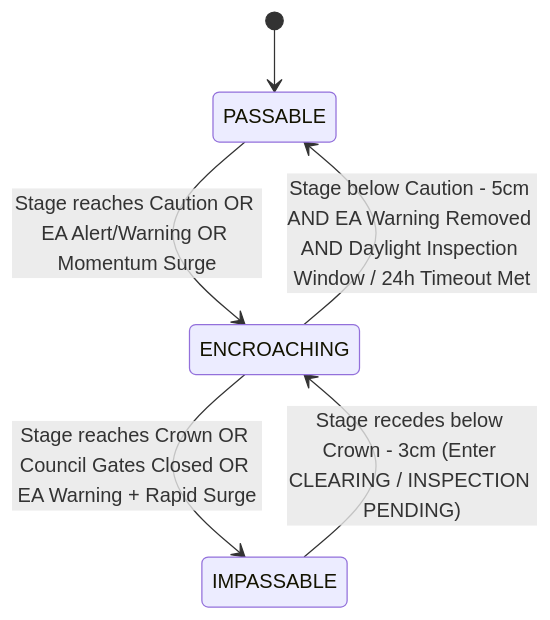
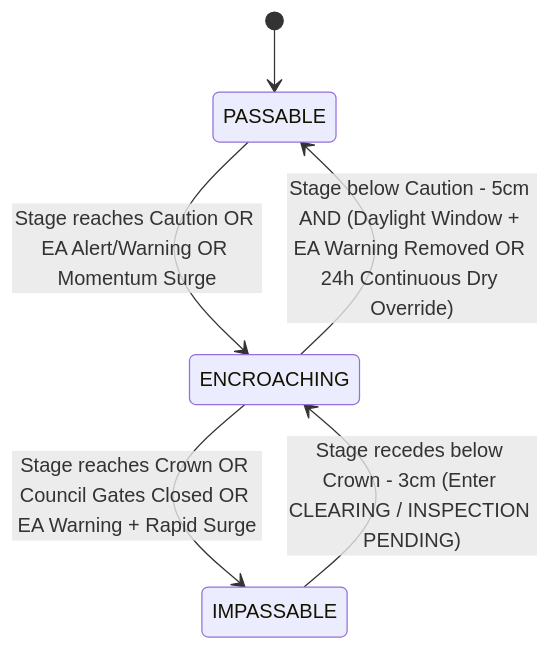
The diagram in docs/road_network_passability_spec.md (heretic098/flood-telemetry), drawn with Mermaid before and after one commit. The commit also changed other lines of this file and 13 other files, not shown here.

````diff
--- a/docs/road_network_passability_spec.md
+++ b/docs/road_network_passability_spec.md
@@ -244,8 +252,8 @@
 ```mermaid
 stateDiagram-v2
     [*] --> PASSABLE
     PASSABLE --> ENCROACHING: Stage reaches Caution OR EA Alert/Warning OR Momentum Surge
     ENCROACHING --> IMPASSABLE: Stage reaches Crown OR Council Gates Closed OR EA Warning + Rapid Surge
     IMPASSABLE --> ENCROACHING: Stage recedes below Crown - 3cm (Enter CLEARING / INSPECTION PENDING)
-    ENCROACHING --> PASSABLE: Stage below Caution - 5cm AND EA Warning Removed AND Daylight Inspection Window / 24h Timeout Met
+    ENCROACHING --> PASSABLE: Stage below Caution - 5cm AND (Daylight Window + EA Warning Removed OR 24h Continuous Dry Override)
 ```
````
